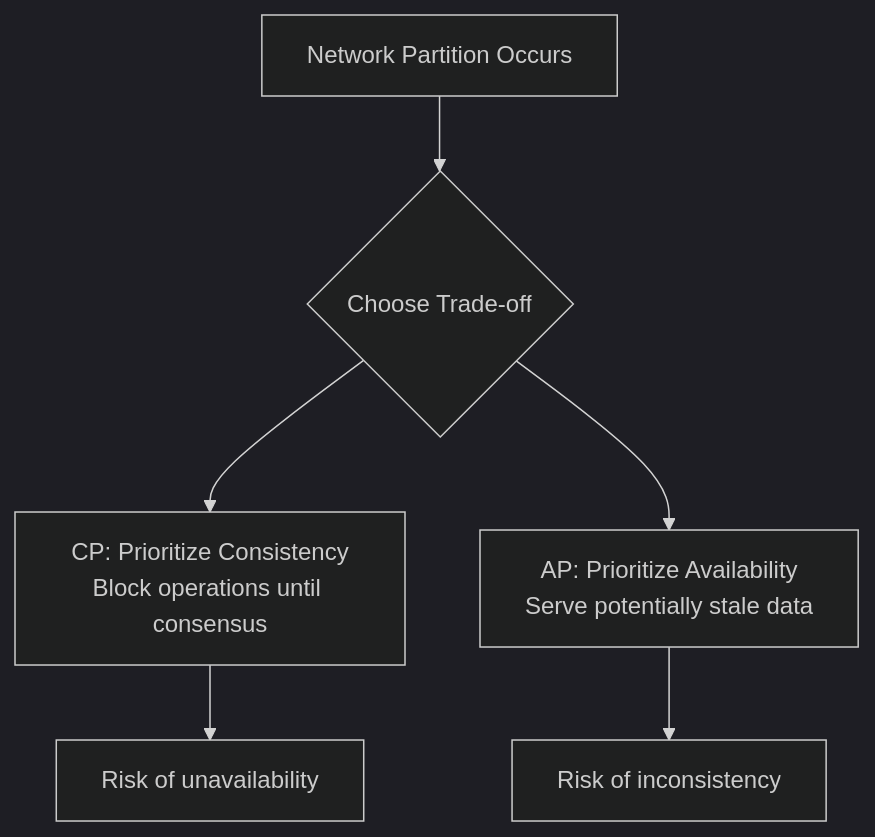
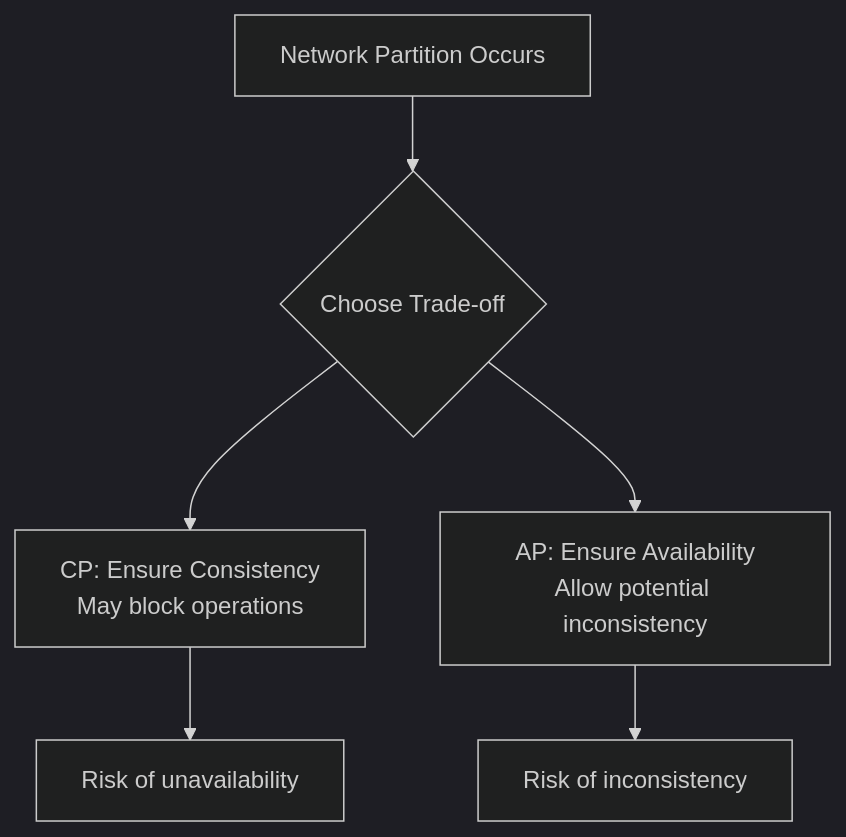
The diagram in cap-theorem-and-distributed-systems/README.md (VrushankPatel/interview-matters), drawn with Mermaid (dark theme) before and after one commit. The commit also changed other lines of this file and 5 other files, not shown here.

````diff
--- a/cap-theorem-and-distributed-systems/README.md
+++ b/cap-theorem-and-distributed-systems/README.md
@@ -33,8 +33,8 @@
 ```mermaid
 graph TD
     A[Network Partition Occurs] --> B{Choose Trade-off}
-    B --> C[CP: Prioritize Consistency<br/>Block operations until consensus]
-    B --> D[AP: Prioritize Availability<br/>Serve potentially stale data]
+    B --> C[CP: Ensure Consistency<br/>May block operations]
+    B --> D[AP: Ensure Availability<br/>Allow potential inconsistency]
     C --> E[Risk of unavailability]
     D --> F[Risk of inconsistency]
 ```
````
